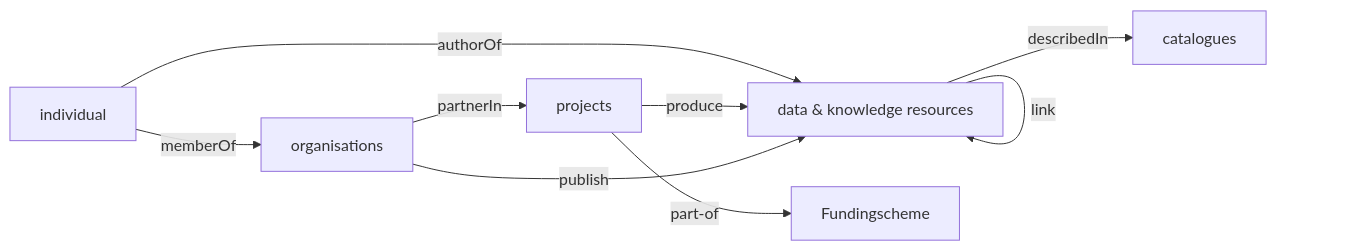
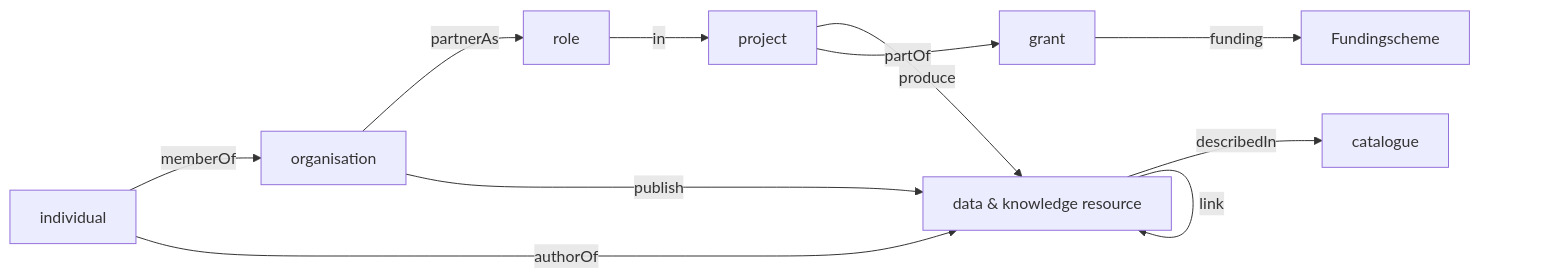
One commit to soilwise-he/soilwise-ontology changed the diagram in README.md. Above: the diagram before and after it, drawn with Mermaid.

Commit message:
update diagram

````diff
--- a/README.md
+++ b/README.md
@@ -4,11 +4,13 @@
 ``` mermaid
 flowchart LR
-    ppl[individual] -->|memberOf| o[organisations]
+    ppl[individual] -->|memberOf| o[organisation]
     ppl -->|authorOf| d
-    o -->|partnerIn| p[projects]
-    p -->|produce| d[data & knowledge resources]
+    o -->|partnerAs| r
+    p[project] -->|produce| d[data & knowledge resource]
     o -->|publish| d
-    d -->|describedIn| c[catalogues]
-    d -->|link| d 
-    p -->|part-of| fs[Fundingscheme]
+    d -->|describedIn| c[catalogue]
+    d -->|link| d
+    r[role] -->|in| p
+    p -->|partOf| g[grant]
+    g -->|funding| fs[Fundingscheme]
 ```
````
